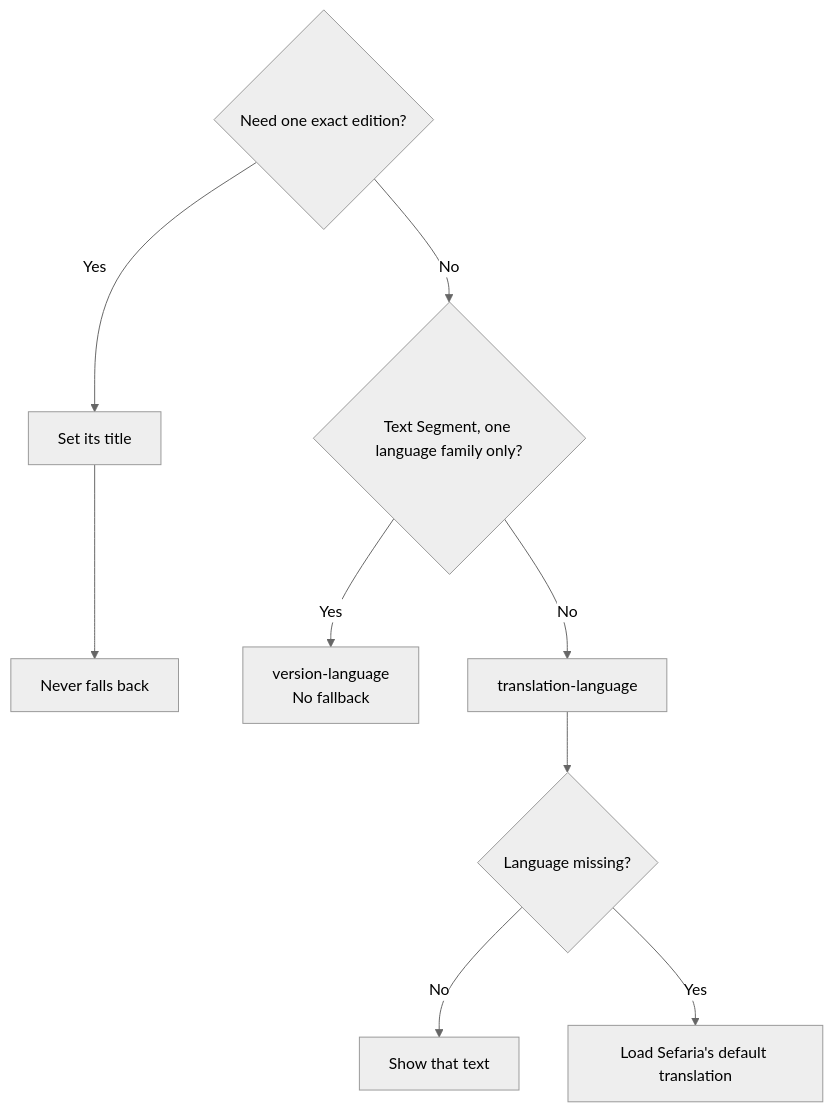
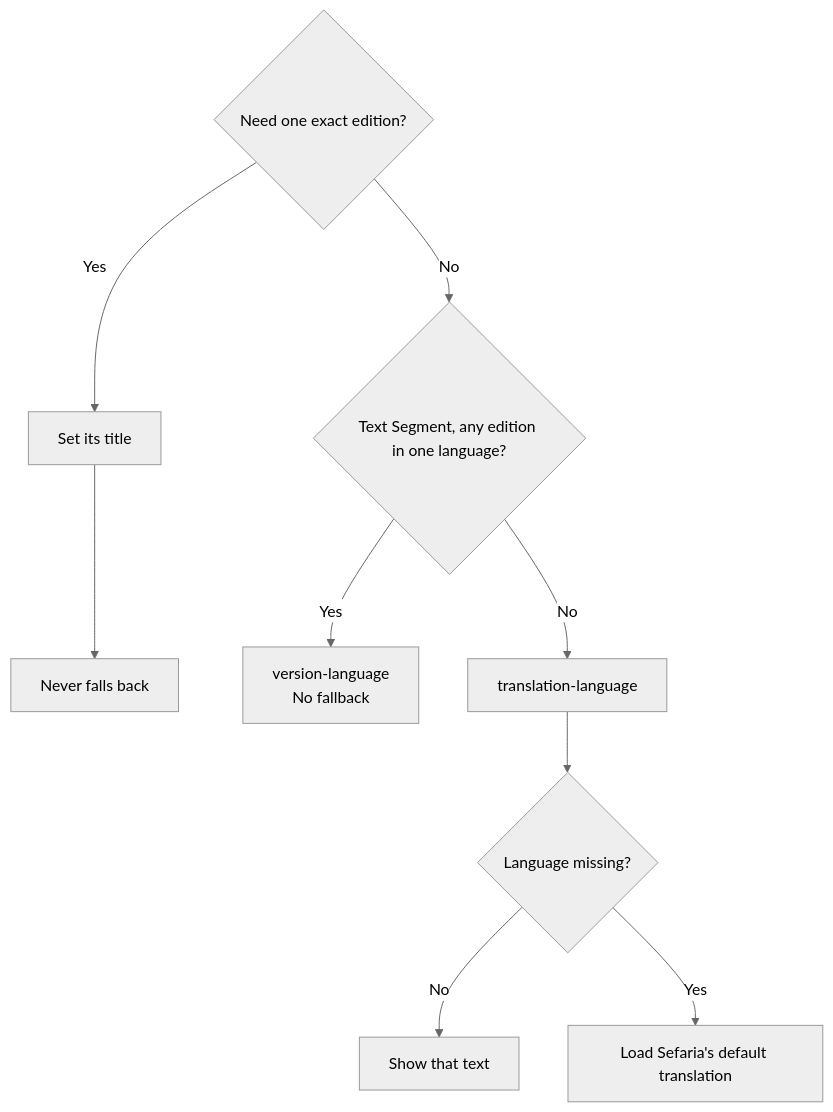
The diagram in docs/across-components/choose-what-text-readers-see.md (Arithmomaniac/sefaria-frontend-toolkit), drawn with Mermaid (neutral theme) before and after one commit. The commit also changed other lines of this file, not shown here.

First line of the commit message:
docs: B20 clarify translation-language vs version-language

````diff
--- a/docs/across-components/choose-what-text-readers-see.md
+++ b/docs/across-components/choose-what-text-readers-see.md
@@ -30,10 +30,10 @@
 ```mermaid
 flowchart TD
   Q1{"Need one exact edition?"} -->|Yes| A1["Set its title"] --> A1b["Never falls back"]
-  Q1 -->|No| Q2{"Text Segment, one language family only?"}
+  Q1 -->|No| Q2{"Text Segment, any edition in one language?"}
   Q2 -->|Yes| A2["version-language<br/>No fallback"]
   Q2 -->|No| A3["translation-language"]
   A3 --> Q3{"Language missing?"}
   Q3 -->|No| A4["Show that text"]
   Q3 -->|Yes| A5["Load Sefaria's default translation"]
 ```
````
